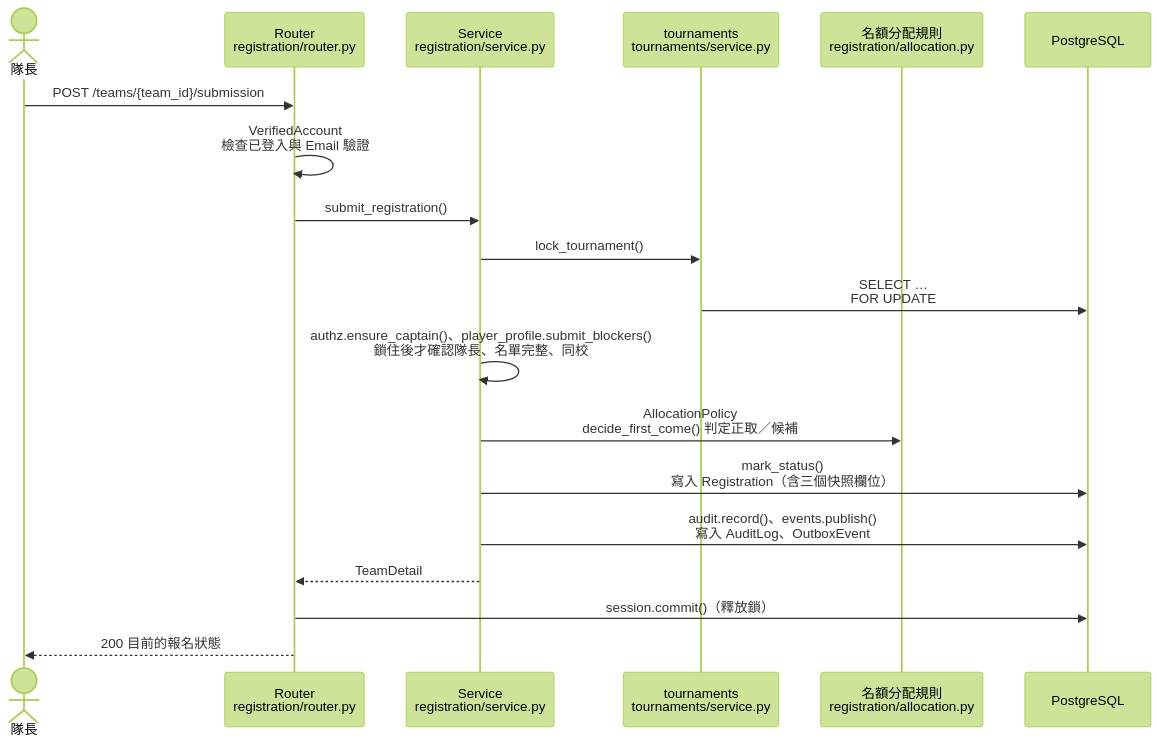
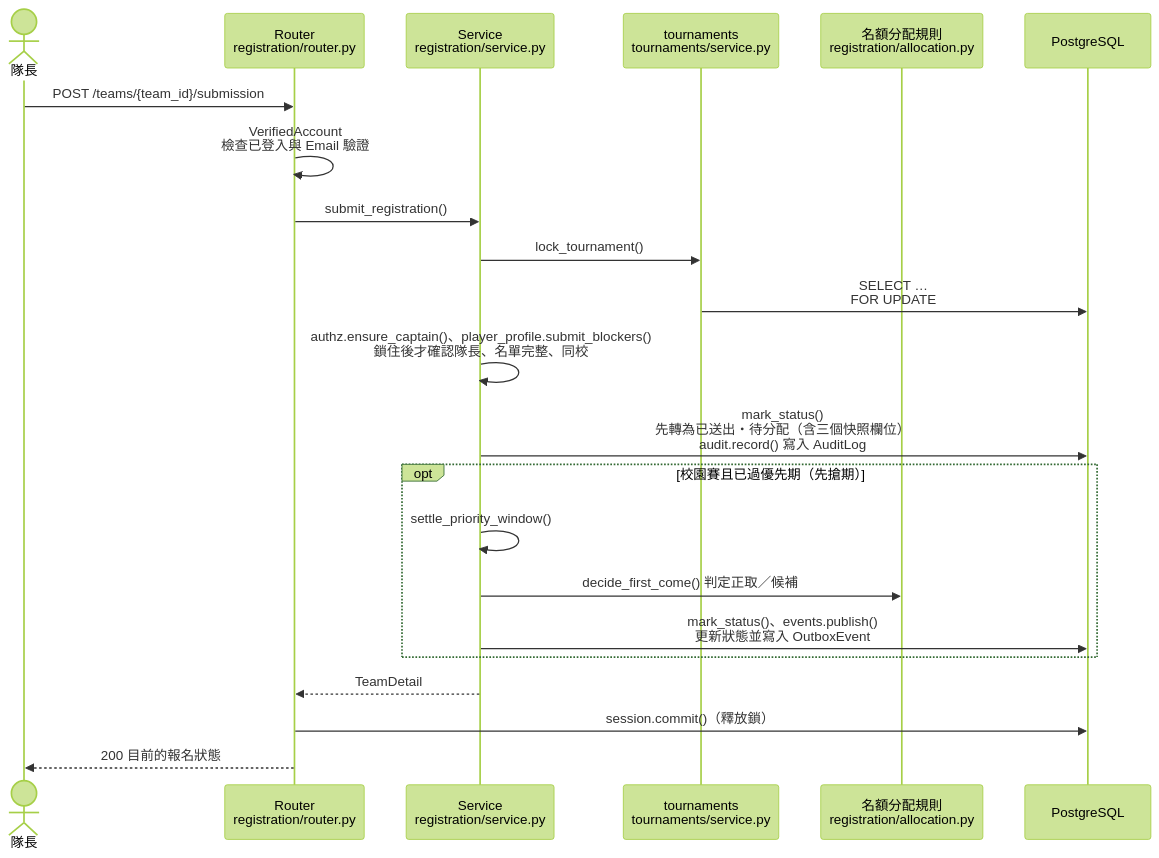
One commit to Team14good/esport-platform changed the fourth of 6 diagrams in docs/midterm/C-軟體設計文件.md. Above: the diagram before and after it, drawn with Mermaid (forest theme). The commit also changed other lines of this file and 23 other files, not shown here.

First line of the commit message:
docs: 依 PR #92 審查修正 B、C、D 的圖與程式標註

````diff
--- a/docs/midterm/C-軟體設計文件.md
+++ b/docs/midterm/C-軟體設計文件.md
@@ -224,21 +225,24 @@
 ```mermaid
 sequenceDiagram
   actor Cap as 隊長
   participant R as Router<br/>registration/router.py
   participant S as Service<br/>registration/service.py
   participant T as tournaments<br/>tournaments/service.py
   participant AP as 名額分配規則<br/>registration/allocation.py
   participant DB as PostgreSQL
   Cap->>R: POST /teams/{team_id}/submission
   R->>R: VerifiedAccount<br/>檢查已登入與 Email 驗證
   R->>S: submit_registration()
   S->>T: lock_tournament()
   T->>DB: SELECT …<br/>FOR UPDATE
   S->>S: authz.ensure_captain()、player_profile.submit_blockers()<br/>鎖住後才確認隊長、名單完整、同校
-  S->>AP: AllocationPolicy<br/>decide_first_come() 判定正取／候補
-  S->>DB: mark_status()<br/>寫入 Registration（含三個快照欄位）
-  S->>DB: audit.record()、events.publish()<br/>寫入 AuditLog、OutboxEvent
+  S->>DB: mark_status()<br/>先轉為已送出・待分配（含三個快照欄位）<br/>audit.record() 寫入 AuditLog
+  opt 校園賽且已過優先期（先搶期）
+    S->>S: settle_priority_window()
+    S->>AP: decide_first_come() 判定正取／候補
+    S->>DB: mark_status()、events.publish()<br/>更新狀態並寫入 OutboxEvent
+  end
   S-->>R: TeamDetail
   R->>DB: session.commit()（釋放鎖）
   R-->>Cap: 200 目前的報名狀態
 ```
````
